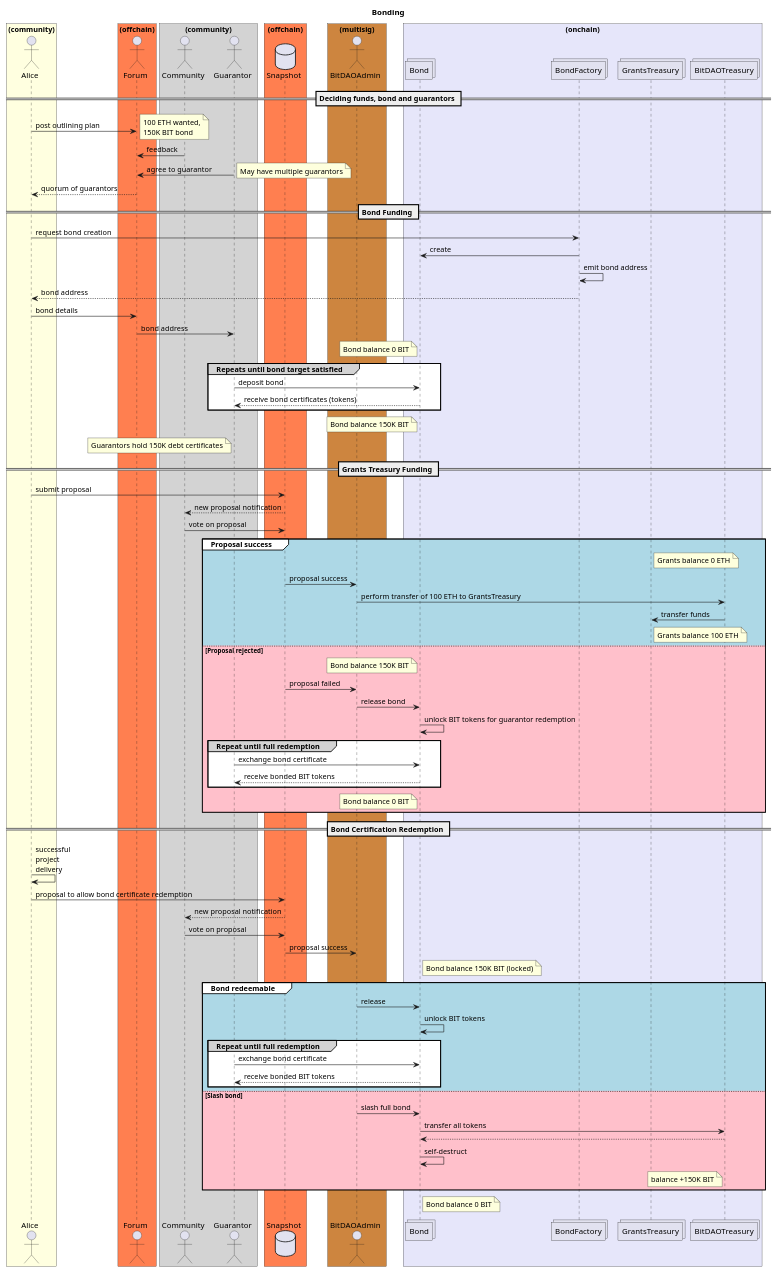
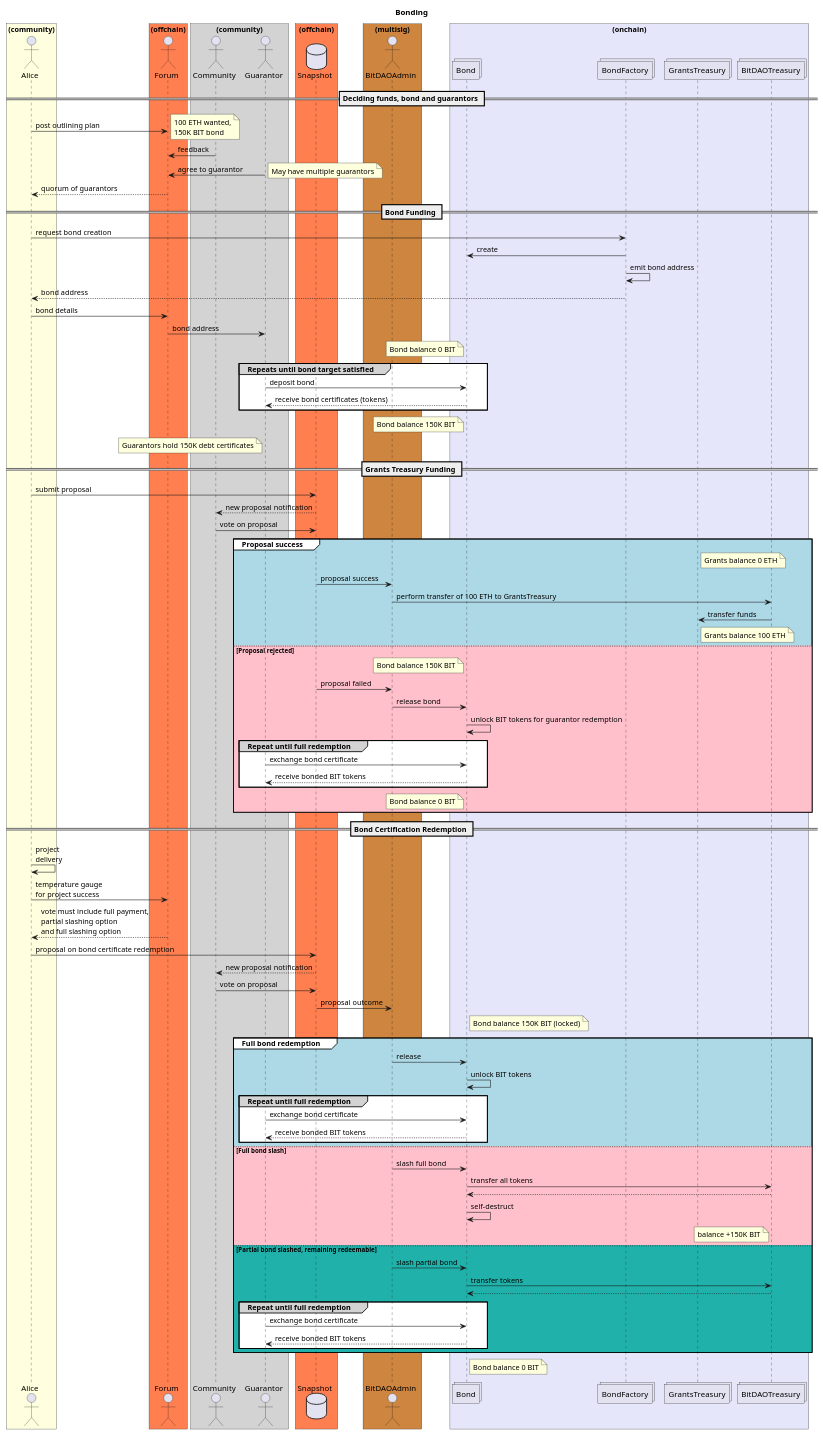
Before and after one commit to windranger-io/windranger-treasury: the diagram in docs/specs/bonding.puml, drawn with PlantUML.

Commit message:
spec: Bonding UML includes temp guage and partial slashing

```diff
--- a/docs/specs/bonding.puml
+++ b/docs/specs/bonding.puml
@@ -1,115 +1,127 @@
 @startuml
 'https://plantuml.com/sequence-diagram
 
 title Bonding
 
 box "(community)" #LightYellow
 actor Alice as alice
 end box
 
 box "(offchain)" #Coral
 actor Forum as forum
 end box
 
 box "(community)" #LightGray
 actor Community as community
 actor Guarantor as guarantor
 end box
 
 box "(offchain)" #Coral
 database Snapshot as snapshot
 end box
 
 box "(multisig)" #Peru
 actor BitDAOAdmin as bitdaoadmin
 end box
 
 box "(onchain)" #Lavender
 collections Bond as bond
 collections BondFactory as bondFactory
 collections GrantsTreasury as grantstreasury
 collections BitDAOTreasury as bitdaotreasury
 end box
 
 
 == Deciding funds, bond and guarantors ==
 
 alice->forum                : post outlining plan
 note right                  : 100 ETH wanted,\n150K BIT bond
 community->forum            : feedback
 guarantor->forum            : agree to guarantor
 note right                  : May have multiple guarantors
 forum-->alice               : quorum of guarantors
 
 
 == Bond Funding ==
 
 alice->bondFactory          : request bond creation
 bondFactory->bond           : create
 bondFactory->bondFactory    : emit bond address
 bondFactory-->alice         : bond address
 alice->forum                : bond details
 forum->guarantor            : bond address
 note left of bond           : Bond balance 0 BIT
 
 group#lightgray #white Repeats until bond target satisfied
     guarantor->bond         : deposit bond
     bond-->guarantor        : receive bond certificates (tokens)
 end
 
 note left of bond           : Bond balance 150K BIT
 note left of guarantor      : Guarantors hold 150K debt certificates
 
 == Grants Treasury Funding ==
 alice -> snapshot               : submit proposal
 snapshot-->community            : new proposal notification
 community -> snapshot           : vote on proposal
 
 group#white #LightBlue Proposal success
     note right of grantstreasury    : Grants balance 0 ETH
     snapshot -> bitdaoadmin         : proposal success
     bitdaoadmin -> bitdaotreasury   : perform transfer of 100 ETH to GrantsTreasury
     bitdaotreasury -> grantstreasury: transfer funds
     note right of grantstreasury    : Grants balance 100 ETH
 
 else #Pink Proposal rejected
     note left of bond               : Bond balance 150K BIT
     snapshot -> bitdaoadmin         : proposal failed
     bitdaoadmin -> bond             : release bond
     bond -> bond                    : unlock BIT tokens for guarantor redemption
     group#lightgray #white Repeat until full redemption
         guarantor->bond             : exchange bond certificate
         bond-->guarantor            : receive bonded BIT tokens
     end
     note left of bond               : Bond balance 0 BIT
 end
 
 
 == Bond Certification Redemption ==
 
-alice->alice                    : successful\nproject\ndelivery
-alice->snapshot                 : proposal to allow bond certificate redemption
+alice->alice                    : project\ndelivery
+alice->forum                    : temperature gauge\nfor project success
+forum-->alice                   : vote must include full payment,\npartial slashing option\nand full slashing option
+alice->snapshot                 : proposal on bond certificate redemption
 snapshot-->community            : new proposal notification
 community -> snapshot           : vote on proposal
-snapshot -> bitdaoadmin         : proposal success
+snapshot -> bitdaoadmin         : proposal outcome
 
 
 note right of bond              : Bond balance 150K BIT (locked)
-group#white #LightBlue Bond redeemable
+
+group#white #LightBlue Full bond redemption
     bitdaoadmin->bond           : release
     bond->bond                  : unlock BIT tokens
     group#lightgray #white Repeat until full redemption
         guarantor->bond         : exchange bond certificate
         bond-->guarantor        : receive bonded BIT tokens
     end
-else #Pink Slash bond
+else #Pink Full bond slash
     bitdaoadmin->bond           : slash full bond
     bond->bitdaotreasury        : transfer all tokens
     bitdaotreasury-->bond
     bond->bond                  : self-destruct
     note left of bitdaotreasury : balance +150K BIT
+else #lightseagreen Partial bond slashed, remaining redeemable
+    bitdaoadmin->bond           : slash partial bond
+    bond->bitdaotreasury        : transfer tokens
+    bitdaotreasury-->bond
+    group#lightgray #white Repeat until full redemption
+        guarantor->bond         : exchange bond certificate
+        bond-->guarantor        : receive bonded BIT tokens
+    end
 end
+
 
 note right of bond              : Bond balance 0 BIT
 
 @enduml
```
